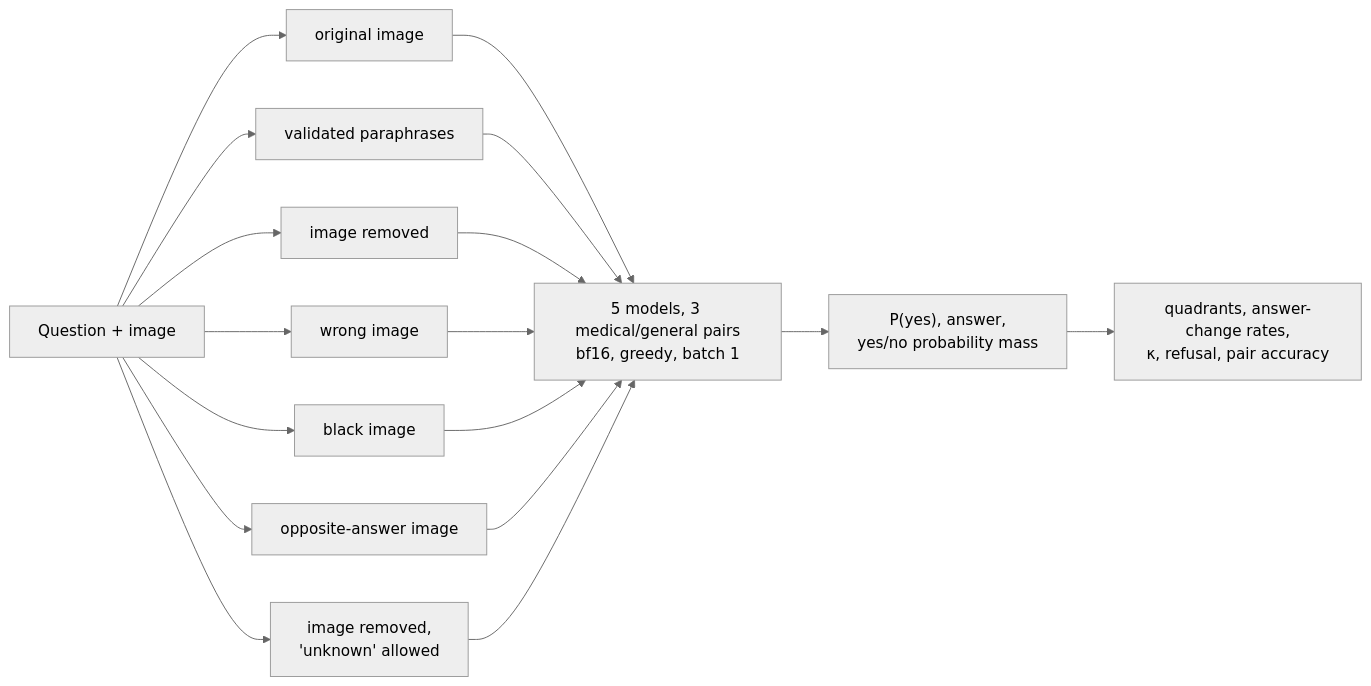
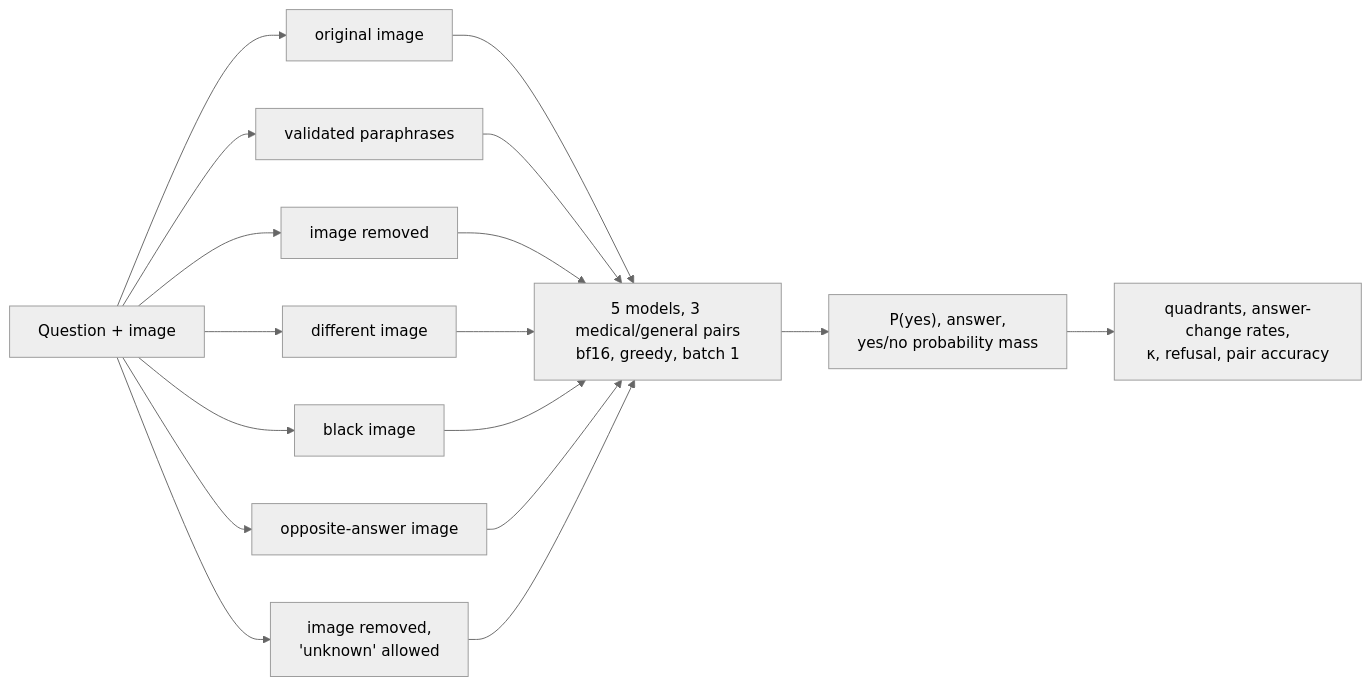
One commit to thaitri2005/Medvlm-Image-Reliance changed the diagram in README.md. Above: the diagram before and after it, drawn with Mermaid (neutral theme). The commit also changed other lines of this file and 18 other files, not shown here.

````diff
--- a/README.md
+++ b/README.md
@@ -165,13 +214,13 @@
 ```mermaid
 flowchart LR
     Q[Question + image] --> O[original image]
     Q --> P[validated paraphrases]
     Q --> N[image removed]
-    Q --> S[wrong image]
+    Q --> S[different image]
     Q --> K[black image]
     Q --> X[opposite-answer image]
     Q --> U[image removed,<br/>'unknown' allowed]
     O & P & N & S & K & X & U --> M[5 models, 3 medical/general pairs<br/>bf16, greedy, batch 1]
     M --> A["P(yes), answer,<br/>yes/no probability mass"]
     A --> QD[quadrants, answer-change rates,<br/>κ, refusal, pair accuracy]
 ```
````
